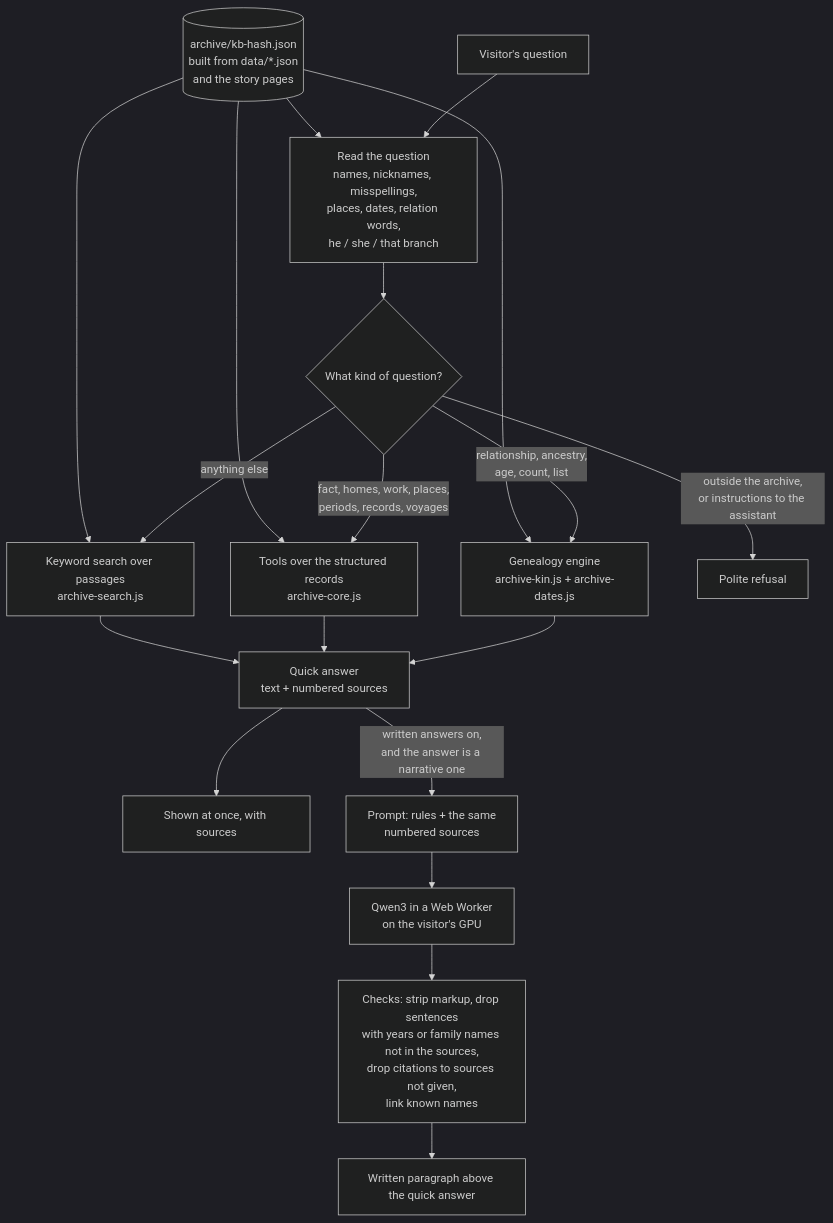
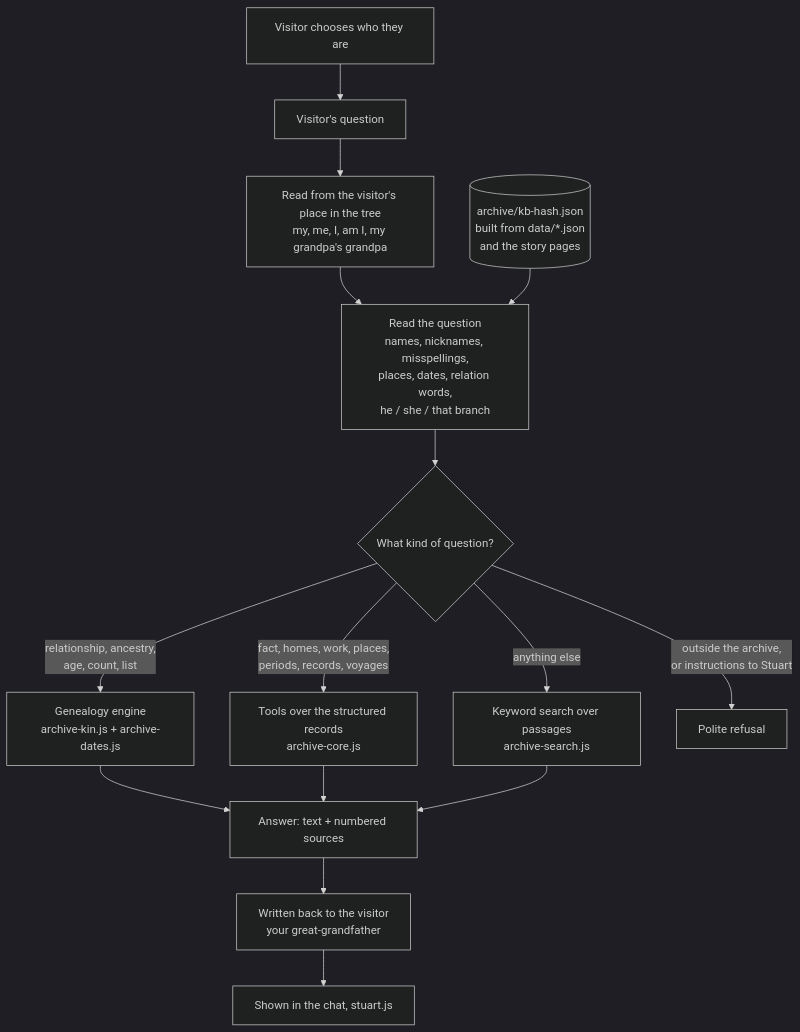
Before and after one commit to Belfiore/English-Family-History: the diagram in docs/ask-the-archive.md, drawn with Mermaid (dark theme). The commit also changed other lines of this file and 50 other files, not shown here.

First line of the commit message:
Meet Stuart: a chat that knows who you are, on every page

````diff
--- a/docs/ask-the-archive.md
+++ b/docs/ask-the-archive.md
@@ -26,21 +51,17 @@
 ```mermaid
 flowchart TD
-    Q[Visitor's question] --> R[Read the question<br/>names, nicknames, misspellings,<br/>places, dates, relation words,<br/>he / she / that branch]
+    I[Visitor chooses who they are] --> Q
+    Q[Visitor's question] --> Y[Read from the visitor's place in the tree<br/>my, me, I, am I, my grandpa's grandpa]
+    Y --> R[Read the question<br/>names, nicknames, misspellings,<br/>places, dates, relation words,<br/>he / she / that branch]
     R --> X{What kind of question?}
     X -->|relationship, ancestry,<br/>age, count, list| G[Genealogy engine<br/>archive-kin.js + archive-dates.js]
     X -->|fact, homes, work, places,<br/>periods, records, voyages| T[Tools over the structured records<br/>archive-core.js]
     X -->|anything else| S[Keyword search over passages<br/>archive-search.js]
-    X -->|outside the archive,<br/>or instructions to the assistant| N[Polite refusal]
-    G --> A[Quick answer<br/>text + numbered sources]
+    X -->|outside the archive,<br/>or instructions to Stuart| N[Polite refusal]
+    G --> A[Answer: text + numbered sources]
     T --> A
     S --> A
-    A --> P[Shown at once, with sources]
-    A -->|written answers on,<br/>and the answer is a narrative one| M[Prompt: rules + the same<br/>numbered sources]
-    M --> W[Qwen3 in a Web Worker<br/>on the visitor's GPU]
-    W --> V[Checks: strip markup, drop sentences<br/>with years or family names not in the sources,<br/>drop citations to sources not given,<br/>link known names]
-    V --> P2[Written paragraph above the quick answer]
+    A --> U[Written back to the visitor<br/>your great-grandfather]
+    U --> P[Shown in the chat, stuart.js]
     KB[(archive/kb-hash.json<br/>built from data/*.json<br/>and the story pages)] --> R
-    KB --> G
-    KB --> T
-    KB --> S
 ```
````
